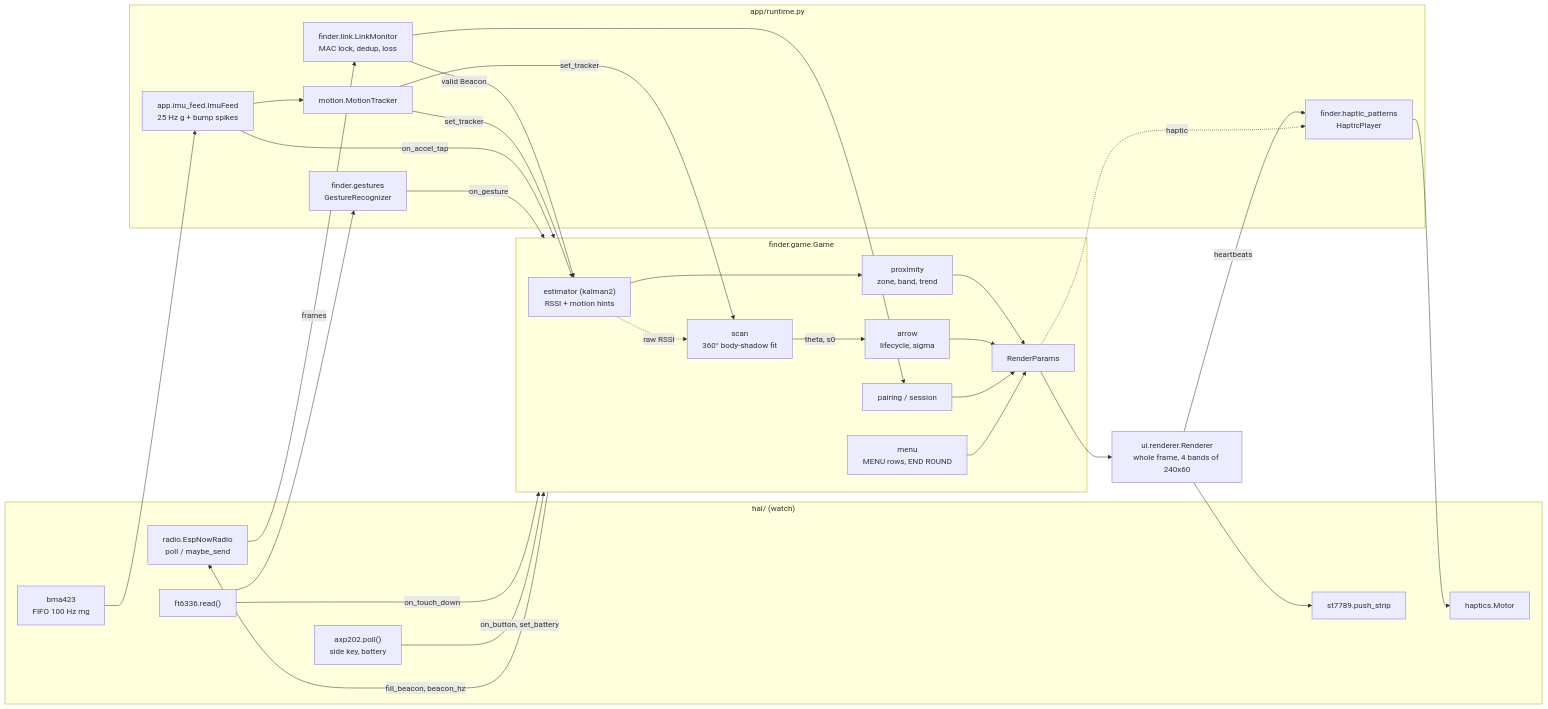
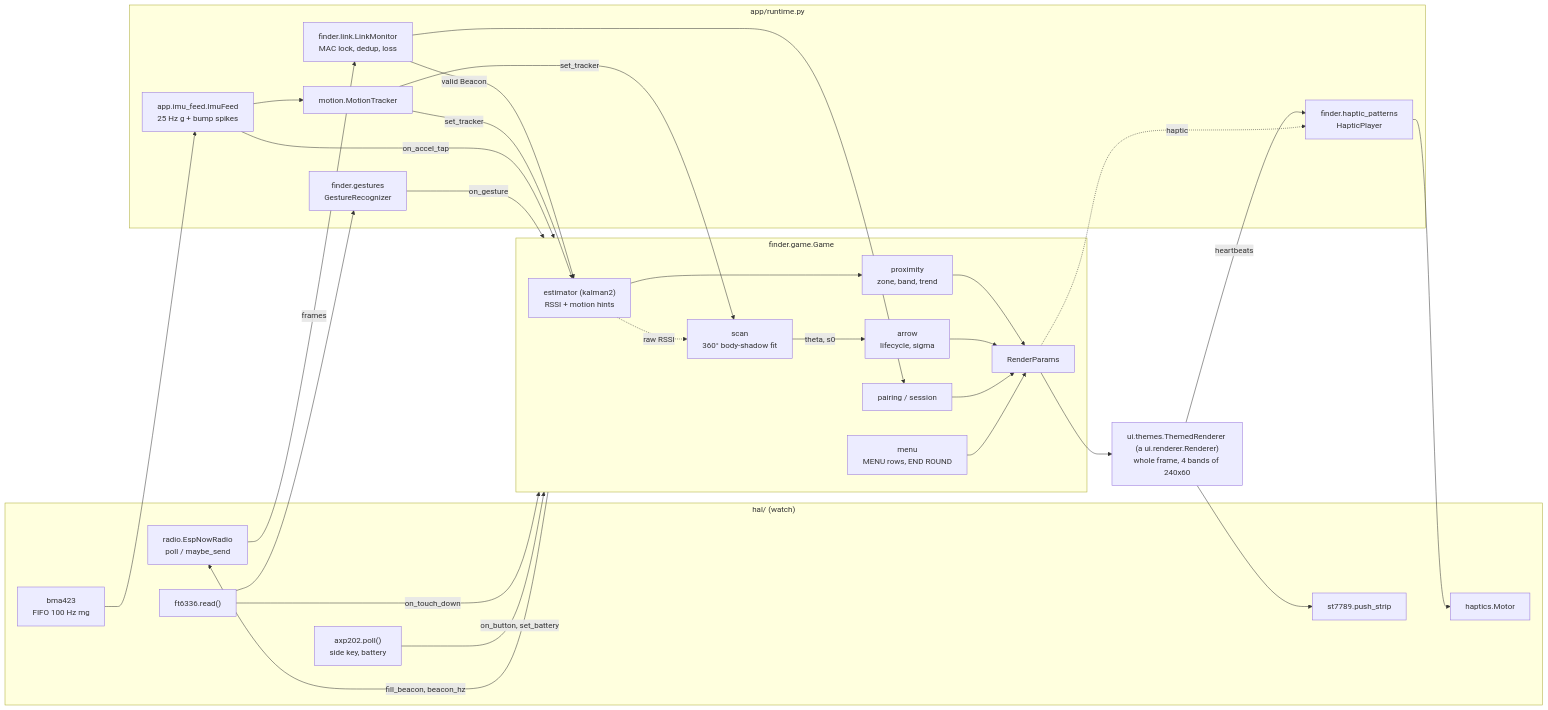
The first of 2 diagrams in docs/architecture.md (shogowarrior/watch-game), drawn with Mermaid before and after one commit. The commit also changed other lines of this file and 24 other files, not shown here.

````diff
--- a/docs/architecture.md
+++ b/docs/architecture.md
@@ -43,51 +43,51 @@
 ```mermaid
 flowchart LR
   subgraph HW["hal/ (watch)"]
     RADIO["radio.EspNowRadio<br/>poll / maybe_send"]
     IMU["bma423<br/>FIFO 100 Hz mg"]
     TOUCH["ft6336.read()"]
     PEK["axp202.poll()<br/>side key, battery"]
     DISP["st7789.push_strip"]
     MOTOR["haptics.Motor"]
   end
 
   subgraph APP["app/runtime.py"]
     LINK["finder.link.LinkMonitor<br/>MAC lock, dedup, loss"]
     FEED["app.imu_feed.ImuFeed<br/>25 Hz g + bump spikes"]
     MT["motion.MotionTracker"]
     GEST["finder.gestures<br/>GestureRecognizer"]
     PLAYER["finder.haptic_patterns<br/>HapticPlayer"]
   end
 
   subgraph GAME["finder.game.Game"]
     EST["estimator (kalman2)<br/>RSSI + motion hints"]
     PX["proximity<br/>zone, band, trend"]
     SCAN["scan<br/>360° body-shadow fit"]
     ARROW["arrow<br/>lifecycle, sigma"]
     PAIR["pairing / session"]
     MENU["menu<br/>MENU rows, END ROUND"]
     RP["RenderParams"]
   end
 
   RADIO -->|frames| LINK -->|valid Beacon| EST
   LINK --> PAIR
   EST --> PX
   EST -.raw RSSI.-> SCAN
   SCAN -->|theta, s0| ARROW
   IMU --> FEED --> MT
   FEED -->|on_accel_tap| GAME
   MT -->|set_tracker| EST
   MT -->|set_tracker| SCAN
   TOUCH -->|on_touch_down| GAME
   TOUCH --> GEST -->|on_gesture| GAME
   PEK -->|on_button, set_battery| GAME
   PX --> RP
   ARROW --> RP
   PAIR --> RP
   MENU --> RP
-  RP --> REND["ui.renderer.Renderer<br/>whole frame, 4 bands of 240x60"]
+  RP --> REND["ui.themes.ThemedRenderer (a ui.renderer.Renderer)<br/>whole frame, 4 bands of 240x60"]
   REND --> DISP
   REND -->|heartbeats| PLAYER --> MOTOR
   RP -.->|haptic| PLAYER
   GAME -->|fill_beacon, beacon_hz| RADIO
 ```
````
